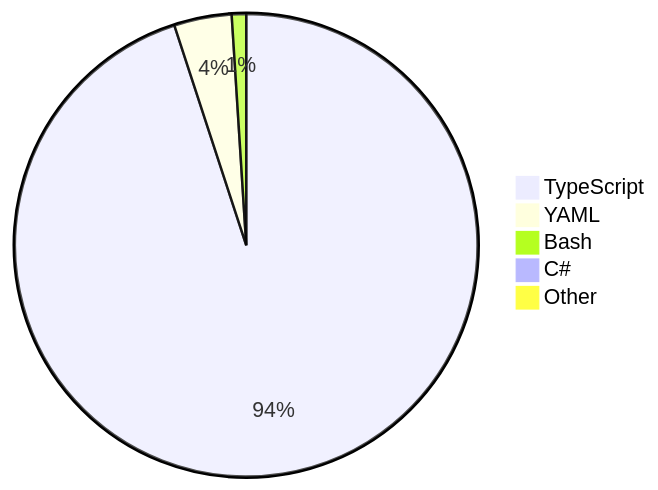
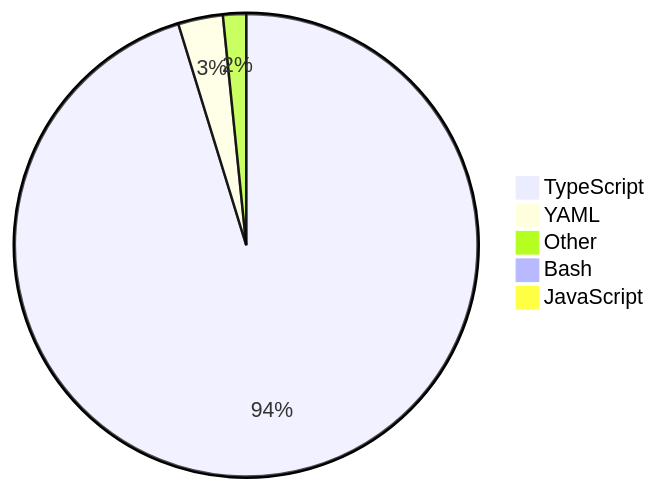
The diagram in README.md (skvggor/skvggor), drawn with Mermaid before and after one commit.

Commit message:
Updated waka-readme graph with new metrics

````diff
--- a/README.md
+++ b/README.md
@@ -16,8 +16,8 @@
 ```mermaid
 pie
     "TypeScript" : 94.4
-    "YAML" : 4.0
-    "Bash" : 1.0
-    "C#" : 0.5
-    "Other" : 0.1
+    "YAML" : 3.1
+    "Other" : 1.6
+    "Bash" : 0.8
+    "JavaScript" : 0.0
 ```
````
